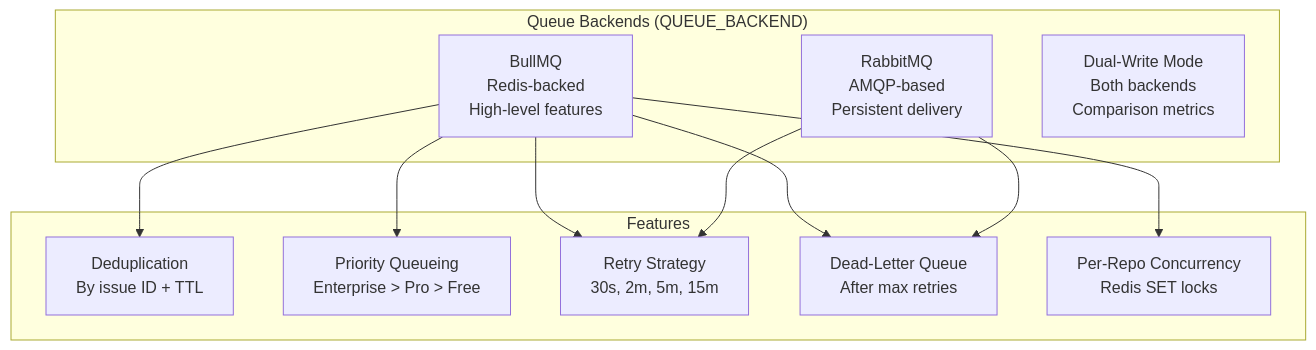
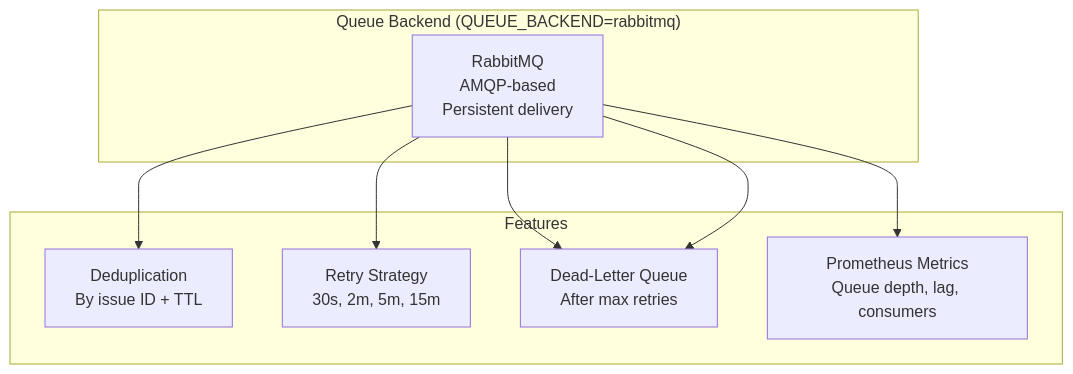
Before and after one commit to Aimino-Tech/solving_tickets_as_a_service: the fourth of 6 diagrams in docs/ARCHITECTURE.md, drawn with Mermaid. The commit also changed other lines of this file and 28 other files, not shown here.

Commit message:
[AIM-1283] Complete BullMQ to RabbitMQ migration — remove dual-write mode

````diff
--- a/docs/ARCHITECTURE.md
+++ b/docs/ARCHITECTURE.md
@@ -298,24 +298,19 @@
 ```mermaid
 flowchart TB
-    subgraph "Queue Backends (QUEUE_BACKEND)"
-        BULLMQ[BullMQ<br/>Redis-backed<br/>High-level features]
+    subgraph "Queue Backend (QUEUE_BACKEND=rabbitmq)"
         RABBITMQ[RabbitMQ<br/>AMQP-based<br/>Persistent delivery]
-        BOTH[Dual-Write Mode<br/>Both backends<br/>Comparison metrics]
     end
 
     subgraph "Features"
         DEDUP[Deduplication<br/>By issue ID + TTL]
-        PRIORITY[Priority Queueing<br/>Enterprise > Pro > Free]
         RETRY[Retry Strategy<br/>30s, 2m, 5m, 15m]
         DLQ[Dead-Letter Queue<br/>After max retries]
-        CONCUR[Per-Repo Concurrency<br/>Redis SET locks]
+        PROM[Prometheus Metrics<br/>Queue depth, lag, consumers]
     end
 
-    BULLMQ --> DEDUP
-    BULLMQ --> PRIORITY
-    BULLMQ --> RETRY
-    BULLMQ --> DLQ
-    BULLMQ --> CONCUR
+    RABBITMQ --> DEDUP
     RABBITMQ --> RETRY
     RABBITMQ --> DLQ
+    RABBITMQ --> PROM
+    RABBITMQ --> DLQ
 ```
````
